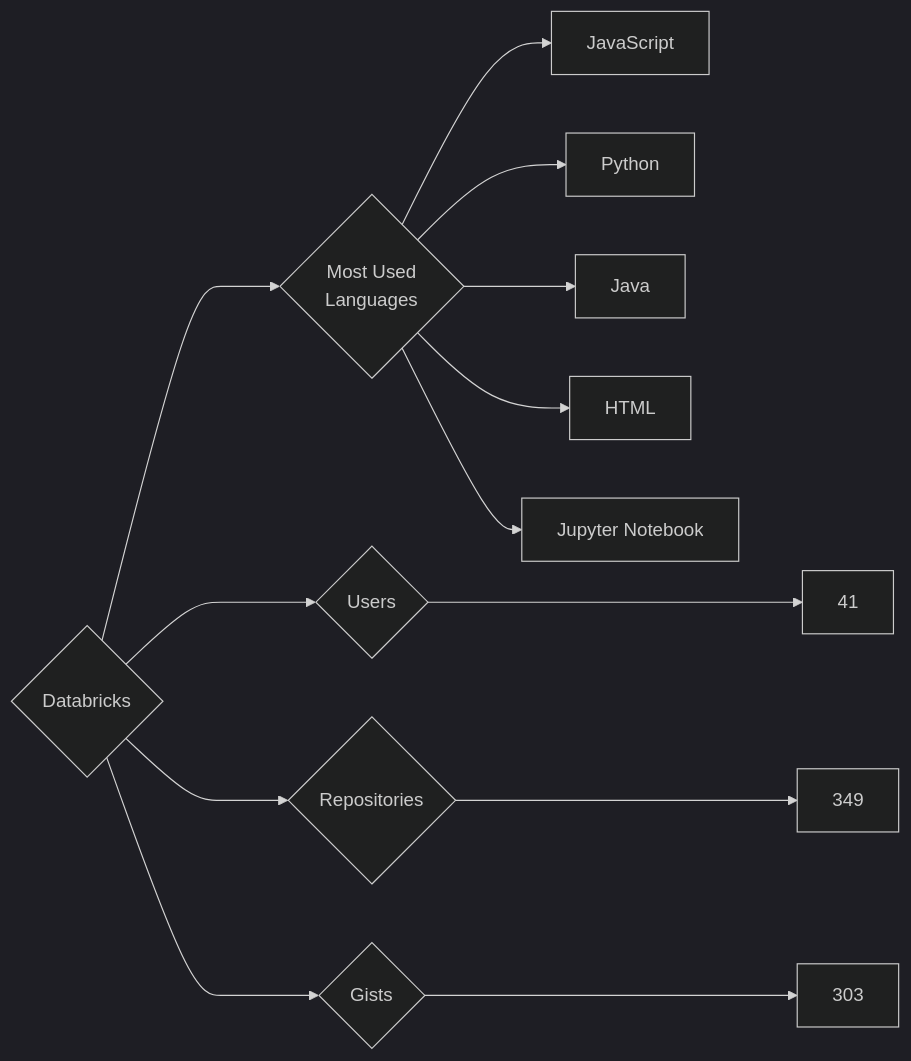
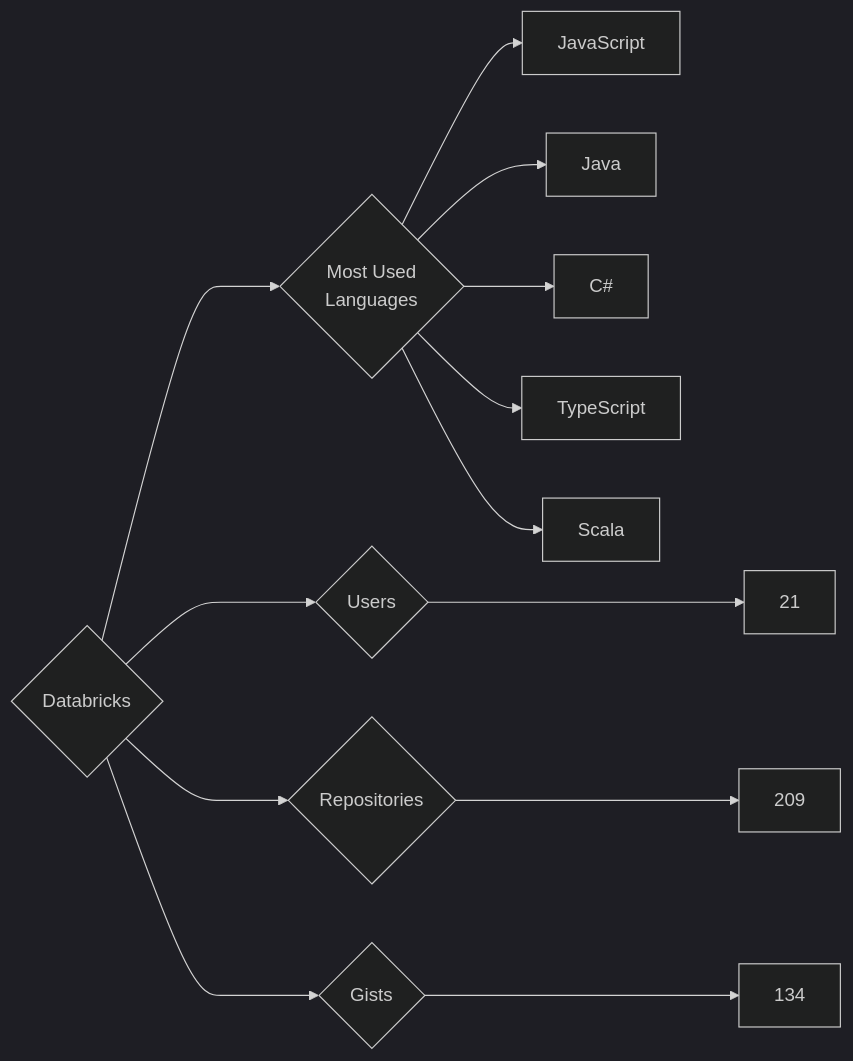
Before and after one commit to trickest/insiders: the diagram in targets/Databricks/README.md, drawn with Mermaid (dark theme). The commit also changed 898 other files, not shown here.

````diff
--- a/targets/Databricks/README.md
+++ b/targets/Databricks/README.md
@@ -3,13 +3,13 @@
 ```mermaid
 graph LR
 COMPANY_NAME{Databricks}
-COMPANY_NAME ---> U{Users} ---> UN[41]
-COMPANY_NAME ---> R{Repositories} ---> RN[349]
-COMPANY_NAME ---> G{Gists} ---> GN[303]
+COMPANY_NAME ---> U{Users} ---> UN[21]
+COMPANY_NAME ---> R{Repositories} ---> RN[209]
+COMPANY_NAME ---> G{Gists} ---> GN[134]
 COMPANY_NAME ---> ML{Most Used<br>Languages}
 ML --> JavaScript[JavaScript]
-ML --> Python[Python]
 ML --> Java[Java]
-ML --> HTML[HTML]
-ML --> Jupyter_Notebook[Jupyter Notebook]
+ML --> C#[C#]
+ML --> TypeScript[TypeScript]
+ML --> Scala[Scala]
 ```
````
